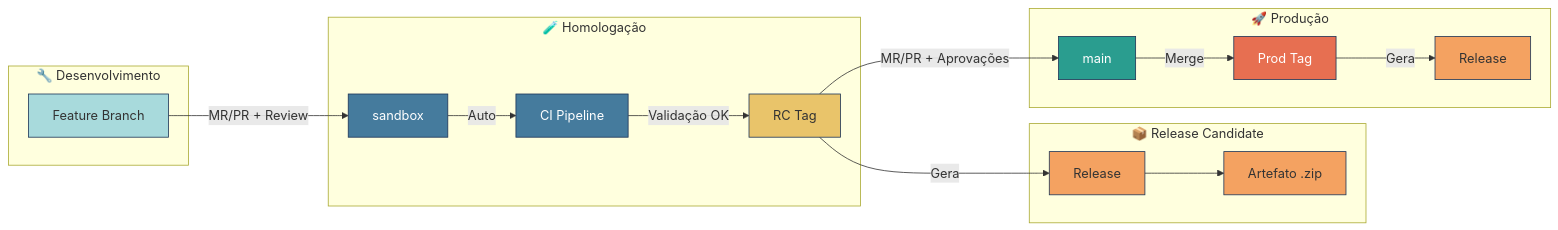
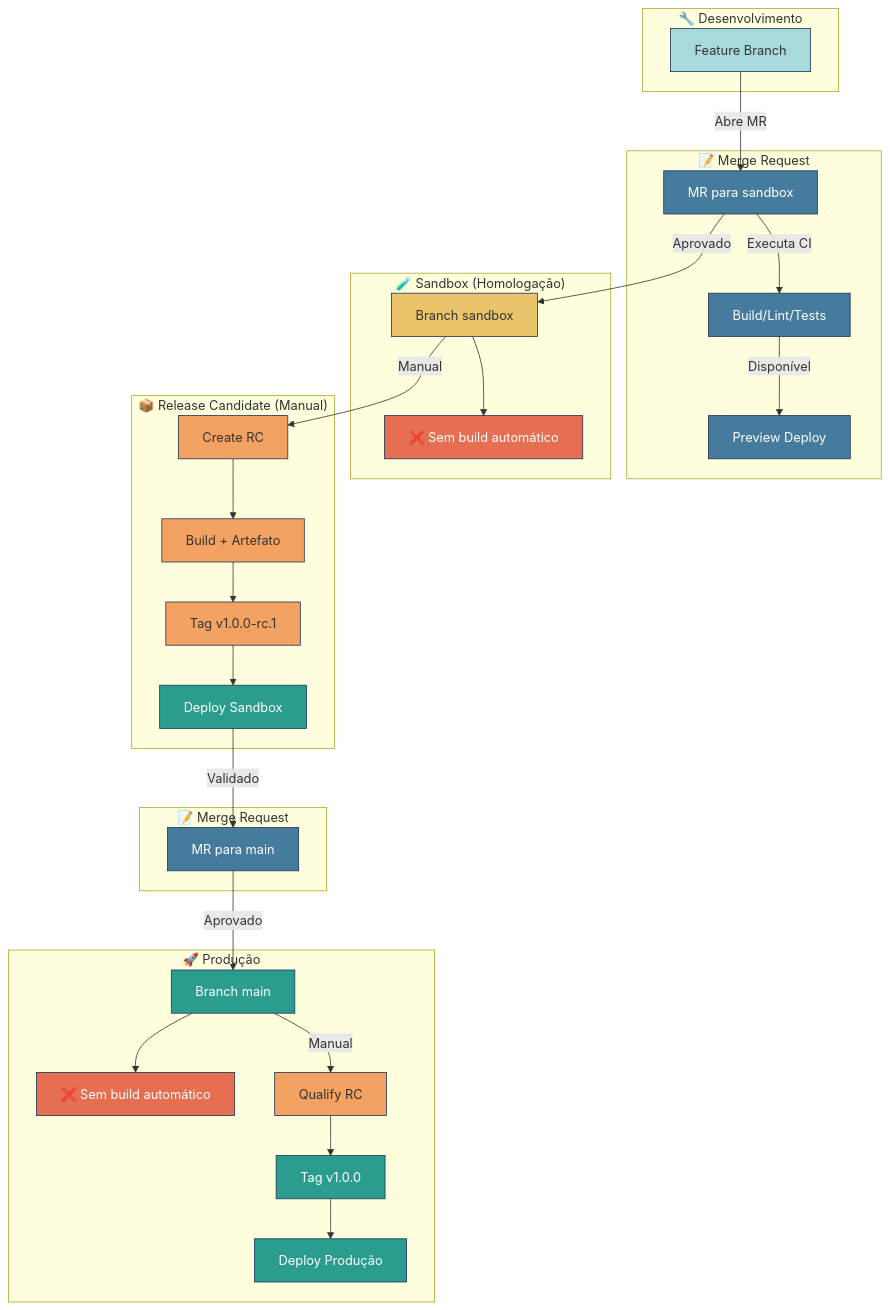
Before and after one commit to iSmart-System/menura-actions: the second of 4 diagrams in README.md, drawn with Mermaid. The commit also changed other lines of this file and 12 other files, not shown here.

````diff
--- a/README.md
+++ b/README.md
@@ -88,42 +88,69 @@
 ```mermaid
-flowchart LR
+flowchart TD
     subgraph DEV["🔧 Desenvolvimento"]
         A[Feature Branch]
     end
 
-    subgraph STAGING["🧪 Homologação"]
-        B[sandbox]
-        C[CI Pipeline]
-        D[RC Tag]
+    subgraph MR1["📝 Merge Request"]
+        B[MR para sandbox]
+        C[Build/Lint/Tests]
+        D[Preview Deploy]
     end
 
-    subgraph RELEASE["📦 Release Candidate"]
-        E[Release]
-        F[Artefato .zip]
+    subgraph STAGING["🧪 Sandbox (Homologação)"]
+        E[Branch sandbox]
+        F["❌ Sem build automático"]
+    end
+
+    subgraph RC["📦 Release Candidate (Manual)"]
+        G[Create RC]
+        H[Build + Artefato]
+        I[Tag v1.0.0-rc.1]
+        J[Deploy Sandbox]
+    end
+
+    subgraph MR2["📝 Merge Request"]
+        K[MR para main]
     end
 
     subgraph PROD["🚀 Produção"]
-        G[main]
-        H[Prod Tag]
-        I[Release]
+        L[Branch main]
+        M["❌ Sem build automático"]
+        N[Qualify RC]
+        O[Tag v1.0.0]
+        P[Deploy Produção]
     end
 
-    A -->|MR/PR + Review| B
-    B -->|Auto| C
-    C -->|Validação OK| D
-    D -->|Gera| E
+    A -->|Abre MR| B
+    B -->|Executa CI| C
+    C -->|Disponível| D
+    B -->|Aprovado| E
     E --> F
-    D -->|MR/PR + Aprovações| G
-    G -->|Merge| H
-    H -->|Gera| I
+    E -->|Manual| G
+    G --> H
+    H --> I
+    I --> J
+    J -->|Validado| K
+    K -->|Aprovado| L
+    L --> M
+    L -->|Manual| N
+    N --> O
+    O --> P
 
     style A fill:#a8dadc,stroke:#1d3557
     style B fill:#457b9d,stroke:#1d3557,color:#fff
     style C fill:#457b9d,stroke:#1d3557,color:#fff
-    style D fill:#e9c46a,stroke:#1d3557
-    style E fill:#f4a261,stroke:#1d3557
-    style F fill:#f4a261,stroke:#1d3557
-    style G fill:#2a9d8f,stroke:#1d3557,color:#fff
-    style H fill:#e76f51,stroke:#1d3557,color:#fff
+    style D fill:#457b9d,stroke:#1d3557,color:#fff
+    style E fill:#e9c46a,stroke:#1d3557
+    style F fill:#e76f51,stroke:#1d3557,color:#fff
+    style G fill:#f4a261,stroke:#1d3557
+    style H fill:#f4a261,stroke:#1d3557
     style I fill:#f4a261,stroke:#1d3557
+    style J fill:#2a9d8f,stroke:#1d3557,color:#fff
+    style K fill:#457b9d,stroke:#1d3557,color:#fff
+    style L fill:#2a9d8f,stroke:#1d3557,color:#fff
+    style M fill:#e76f51,stroke:#1d3557,color:#fff
+    style N fill:#f4a261,stroke:#1d3557
+    style O fill:#2a9d8f,stroke:#1d3557,color:#fff
+    style P fill:#2a9d8f,stroke:#1d3557,color:#fff
 ```
````
